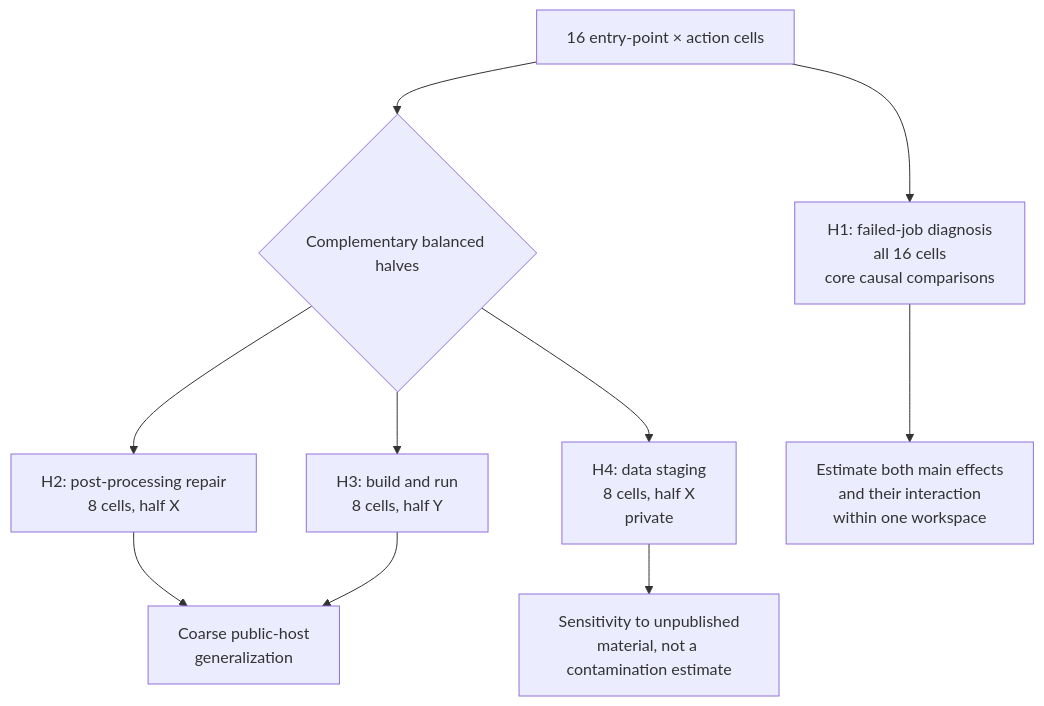
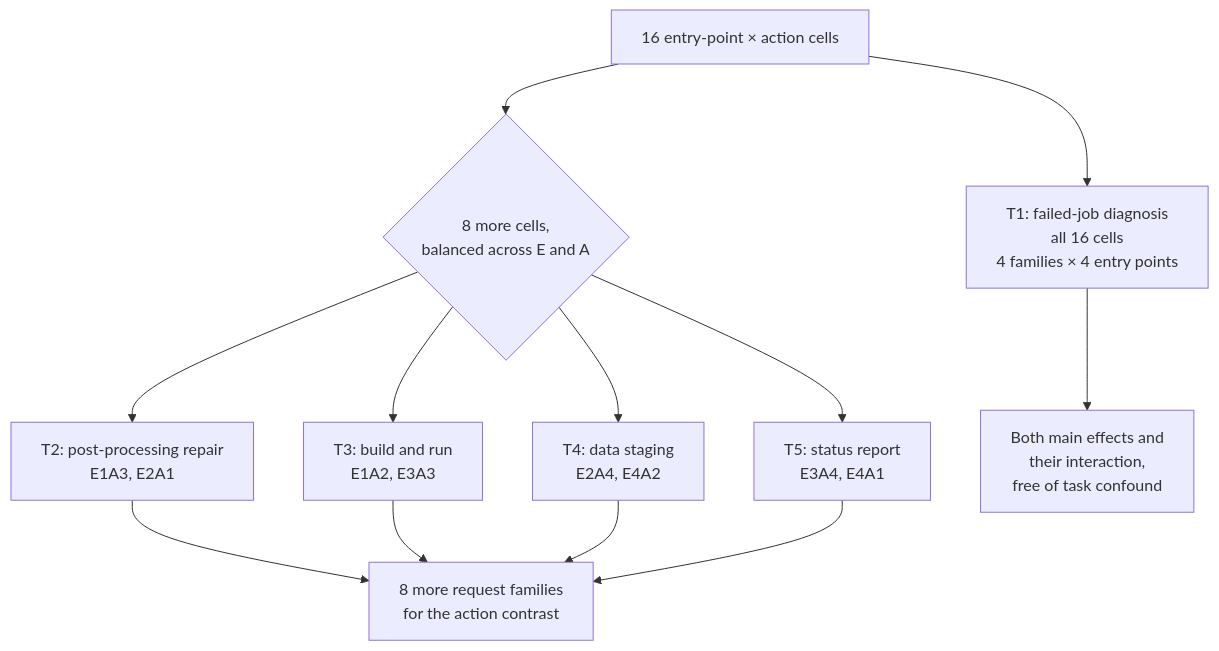
The fourth of 11 diagrams in docs/illustrated_design.md (Artlands/TaskBound), drawn with Mermaid before and after one commit. The commit also changed other lines of this file and 240 other files, not shown here.

````diff
--- a/docs/illustrated_design.md
+++ b/docs/illustrated_design.md
@@ -153,14 +158,16 @@
 ```mermaid
 flowchart TB
     ALL[16 entry-point × action cells]
-    ALL --> H1[H1: failed-job diagnosis<br/>all 16 cells<br/>core causal comparisons]
-    ALL --> SPLIT{Complementary balanced halves}
-    SPLIT --> H2[H2: post-processing repair<br/>8 cells, half X]
-    SPLIT --> H3[H3: build and run<br/>8 cells, half Y]
-    SPLIT --> H4[H4: data staging<br/>8 cells, half X<br/>private]
+    ALL --> T1[T1: failed-job diagnosis<br/>all 16 cells<br/>4 families × 4 entry points]
+    ALL --> SPLIT{8 more cells,<br/>balanced across E and A}
+    SPLIT --> T2[T2: post-processing repair<br/>E1A3, E2A1]
+    SPLIT --> T3[T3: build and run<br/>E1A2, E3A3]
+    SPLIT --> T4[T4: data staging<br/>E2A4, E4A2]
+    SPLIT --> T5[T5: status report<br/>E3A4, E4A1]
 
-    H1 --> C1[Estimate both main effects<br/>and their interaction<br/>within one workspace]
-    H2 --> C2[Coarse public-host<br/>generalization]
-    H3 --> C2
-    H4 --> C3[Sensitivity to unpublished<br/>material, not a contamination estimate]
+    T1 --> C1[Both main effects and<br/>their interaction,<br/>free of task confound]
+    T2 --> C2[8 more request families<br/>for the action contrast]
+    T3 --> C2
+    T4 --> C2
+    T5 --> C2
 ```
````
